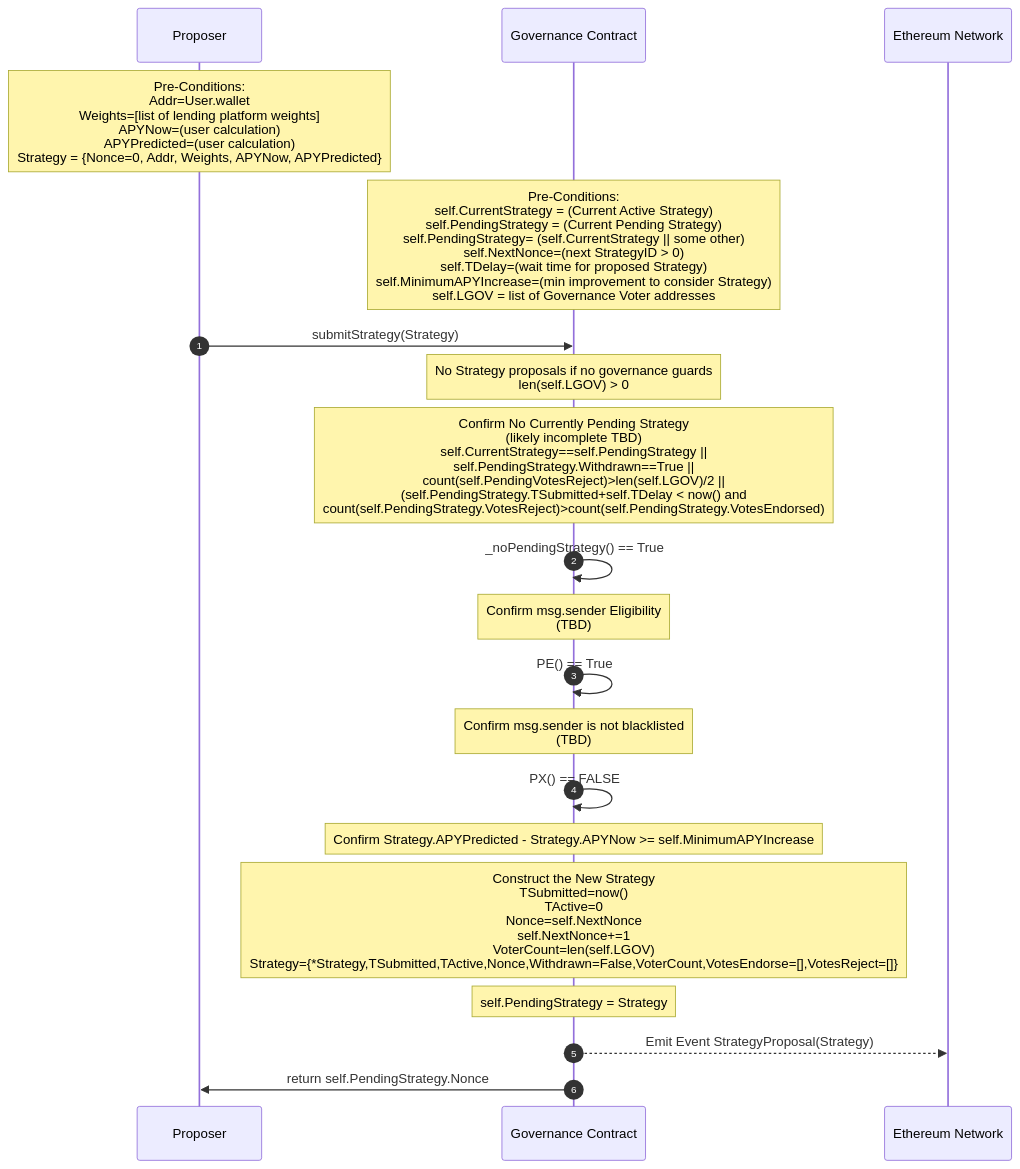
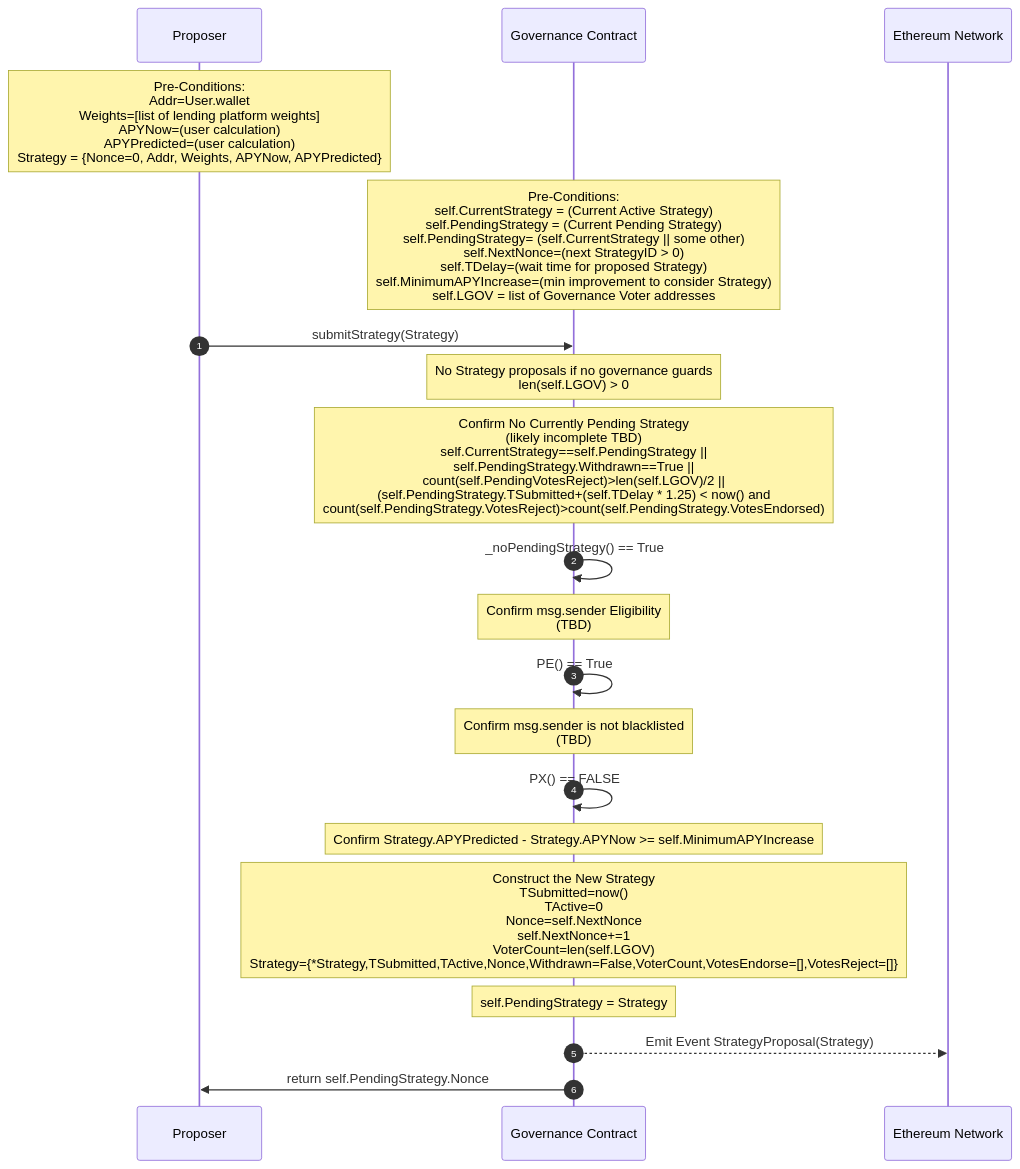
One commit to DynamoFinance/vault changed the first of 8 diagrams in docs/Governance.md. Above: the diagram before and after it, drawn with Mermaid.

Commit message:
Reformatting sequence diagrams.

````diff
--- a/docs/Governance.md
+++ b/docs/Governance.md
@@ -44,31 +44,33 @@
 ```mermaid
 sequenceDiagram
 
     participant P as Proposer
     participant C1 as Governance Contract
     participant N as Ethereum Network
 
     autonumber
 
     Note over P: Pre-Conditions:<br>Addr=User.wallet<br>Weights=[list of lending platform weights]<br>APYNow=(user calculation)<br>APYPredicted=(user calculation)<br>Strategy = {Nonce=0, Addr, Weights, APYNow, APYPredicted}
     Note over C1: Pre-Conditions:<br>self.CurrentStrategy = (Current Active Strategy)<br> self.PendingStrategy = (Current Pending Strategy) <br> self.PendingStrategy= (self.CurrentStrategy || some other)<br>self.NextNonce=(next StrategyID > 0)<br>self.TDelay=(wait time for proposed Strategy)<br>self.MinimumAPYIncrease=(min improvement to consider Strategy)<br>self.LGOV = list of Governance Voter addresses
 
     P->>C1:submitStrategy(Strategy)
     Note over C1: No Strategy proposals if no governance guards <br> len(self.LGOV) > 0
-    Note over C1: Confirm No Currently Pending Strategy<br>(likely incomplete TBD)<br>self.CurrentStrategy==self.PendingStrategy ||<br>self.PendingStrategy.Withdrawn==True ||<br>count(self.PendingVotesReject)>len(self.LGOV)/2 ||<br>(self.PendingStrategy.TSubmitted+self.TDelay < now() and<br>count(self.PendingStrategy.VotesReject)>count(self.PendingStrategy.VotesEndorsed)
+    Note over C1: Confirm No Currently Pending Strategy<br>(likely incomplete TBD)<br>self.CurrentStrategy==self.PendingStrategy ||<br>self.PendingStrategy.Withdrawn==True ||<br>count(self.PendingVotesReject)>len(self.LGOV)/2 ||<br>(self.PendingStrategy.TSubmitted+(self.TDelay * 1.25) < now() and<br>count(self.PendingStrategy.VotesReject)>count(self.PendingStrategy.VotesEndorsed)
     C1 ->> C1: _noPendingStrategy() == True
 
-        Note over C1: Confirm msg.sender Eligibility<br>(TBD)
+    Note over C1: Confirm msg.sender Eligibility<br>(TBD)
     C1->>C1:PE() == True
+
     Note over C1: Confirm msg.sender is not blacklisted<br>(TBD)
     C1->>C1:PX() == FALSE
 
     Note over C1: Confirm Strategy.APYPredicted - Strategy.APYNow >= self.MinimumAPYIncrease
 
     Note over C1: Construct the New Strategy<br>TSubmitted=now()<br>TActive=0<br>Nonce=self.NextNonce<br>self.NextNonce+=1<br>VoterCount=len(self.LGOV)<br>Strategy={*Strategy,TSubmitted,TActive,Nonce,Withdrawn=False,VoterCount,VotesEndorse=[],VotesReject=[]}
+    
     Note Over C1: self.PendingStrategy = Strategy
 
     C1-->>N: Emit Event StrategyProposal(Strategy)
 
     C1->>P: return self.PendingStrategy.Nonce
 ```
````
